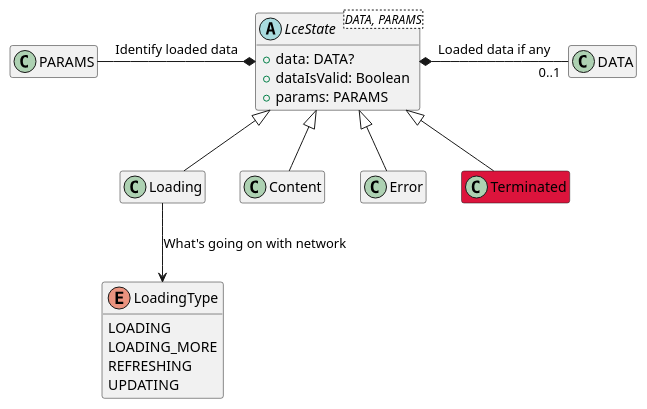
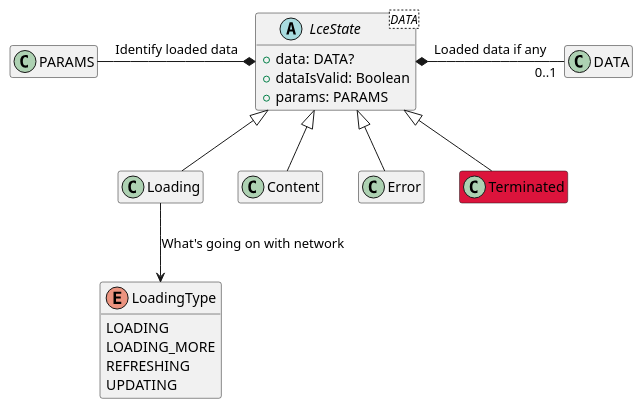
Before and after one commit to motorro/RxLceModel: the diagram in readme_files/lce_state.puml, drawn with PlantUML. The commit also changed 1 other file, not shown here.

```diff
--- a/readme_files/lce_state.puml
+++ b/readme_files/lce_state.puml
@@ -1,37 +1,37 @@
 @startuml
 
 hide empty members
 
 class PARAMS
 PARAMS -* LceState: Identify loaded data
 
-abstract class LceState<DATA, PARAMS> {
+abstract class LceState<DATA> {
     +data: DATA?
     +dataIsValid: Boolean
     +params: PARAMS
 }
 LceState <|-- Loading
 LceState <|-- Content
 LceState <|-- Error
 LceState <|-- Terminated
 LceState *- "0..1" DATA: Loaded data if any
 
 class DATA
 
 class Loading
 Loading --> LoadingType: What's going on with network
 
 enum LoadingType {
     LOADING
     LOADING_MORE
     REFRESHING
     UPDATING
 }
 
 class Content
 
 class Error
 
 class Terminated #Crimson
 
 @enduml
```
